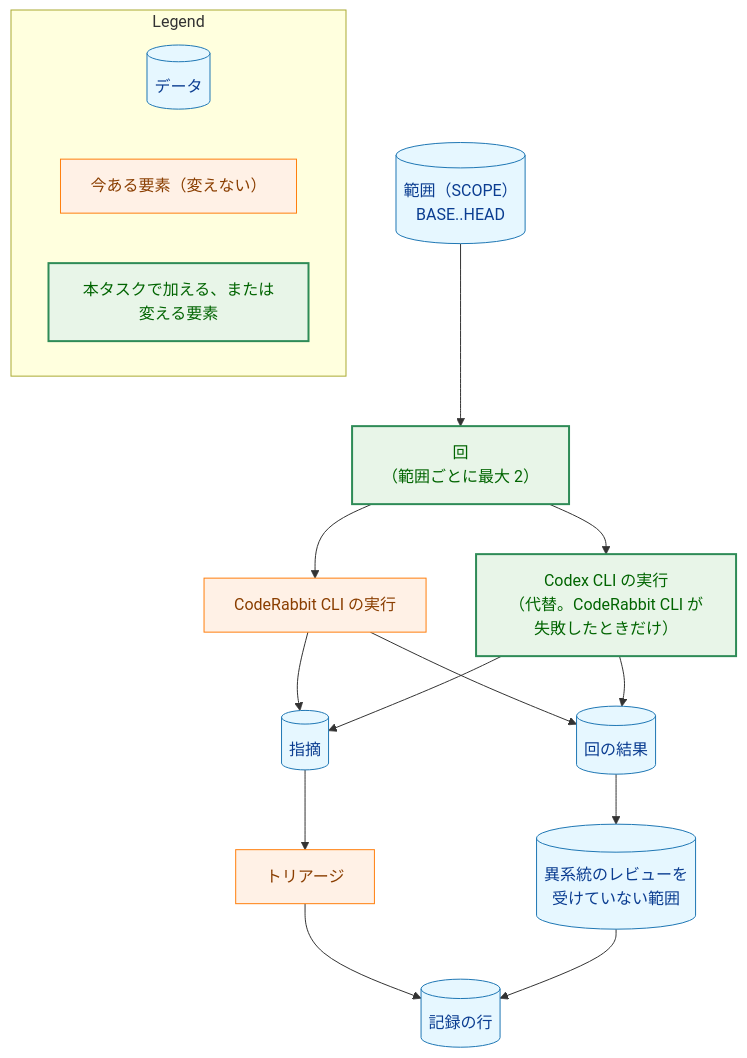
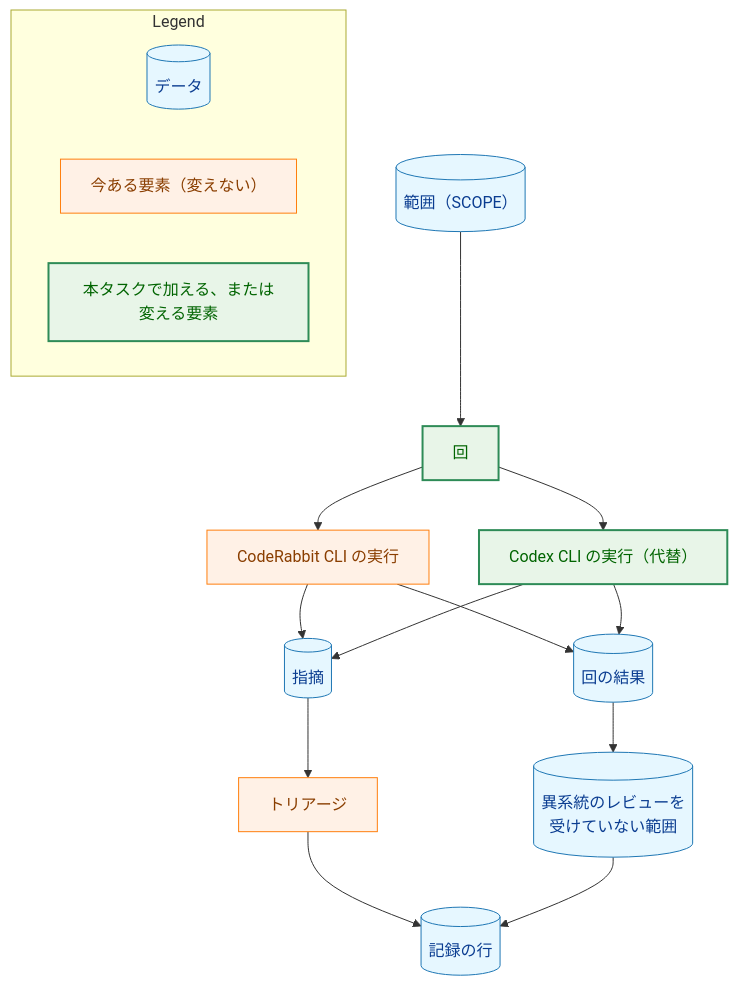
The first of 5 diagrams in docs/tasks/0049_codex_local_review/02_architecture.md (isseis/yt2column), drawn with Mermaid before and after one commit. The commit also changed other lines of this file and 2 other files, not shown here.

````diff
--- a/docs/tasks/0049_codex_local_review/02_architecture.md
+++ b/docs/tasks/0049_codex_local_review/02_architecture.md
@@ -76,41 +80,41 @@
 ```mermaid
 flowchart TD
     classDef data fill:#e6f7ff,stroke:#1f77b4,stroke-width:1px,color:#0b3d91;
     classDef process fill:#fff1e6,stroke:#ff7f0e,stroke-width:1px,color:#8a3e00;
     classDef enhanced fill:#e8f5e8,stroke:#2e8b57,stroke-width:2px,color:#006400;
 
-    SCOPE[("範囲（SCOPE）<br>BASE..HEAD")]
-    ROUND["回<br>（範囲ごとに最大 2）"]
+    SCOPE[("範囲（SCOPE）")]
+    ROUND["回"]
     CR["CodeRabbit CLI の実行"]
-    CX["Codex CLI の実行<br>（代替。CodeRabbit CLI が失敗したときだけ）"]
+    CX["Codex CLI の実行（代替）"]
     RESULT[("回の結果")]
     FINDING[("指摘")]
     TRIAGE["トリアージ"]
     REC[("記録の行")]
     UNREV[("異系統のレビューを<br>受けていない範囲")]
 
     SCOPE --> ROUND
     ROUND --> CR
     ROUND --> CX
     CR --> RESULT
     CX --> RESULT
     CR --> FINDING
     CX --> FINDING
     FINDING --> TRIAGE
     TRIAGE --> REC
     RESULT --> UNREV
     UNREV --> REC
 
     class SCOPE,RESULT,FINDING,REC,UNREV data
     class CR,TRIAGE process
     class ROUND,CX enhanced
 
     subgraph Legend["Legend"]
         L1[("データ")]
         L2["今ある要素（変えない）"]
         L3["本タスクで加える、または変える要素"]
     end
     class L1 data
     class L2 process
     class L3 enhanced
 ```
````
